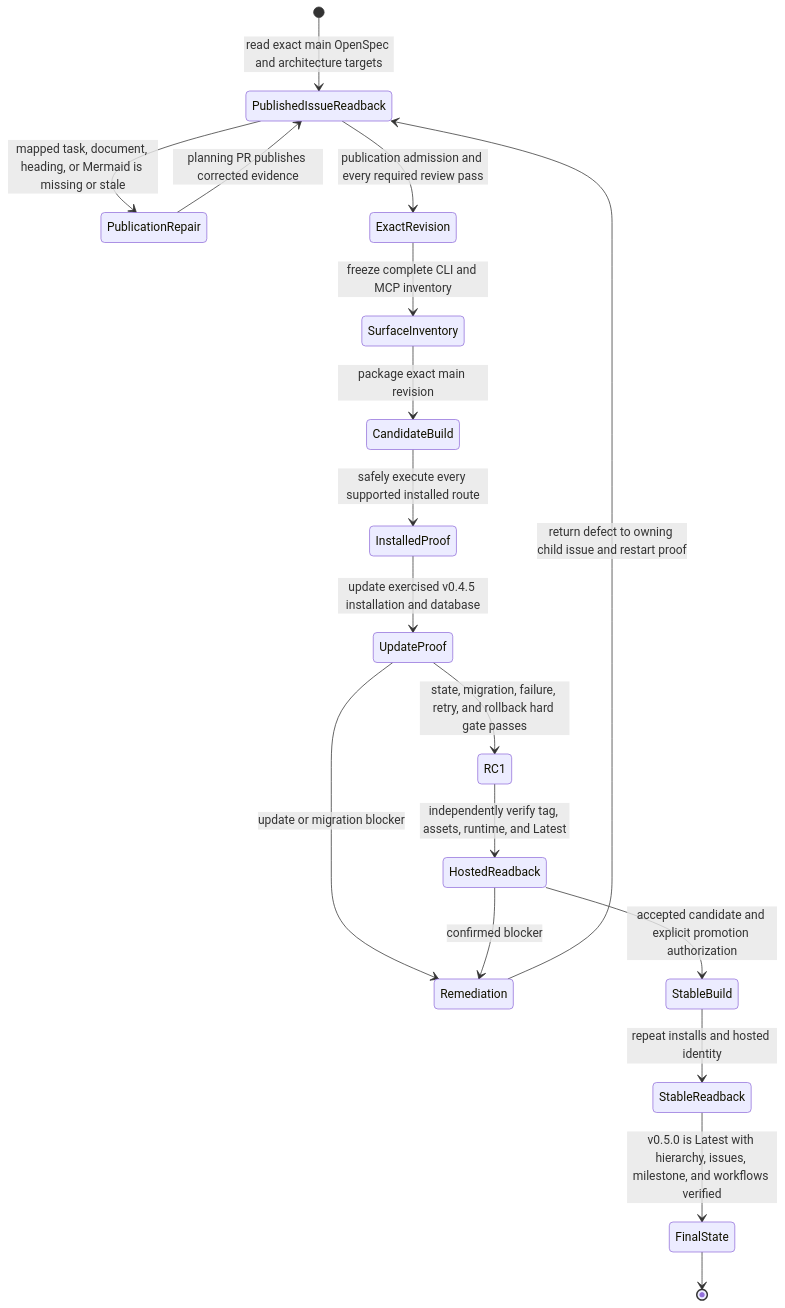
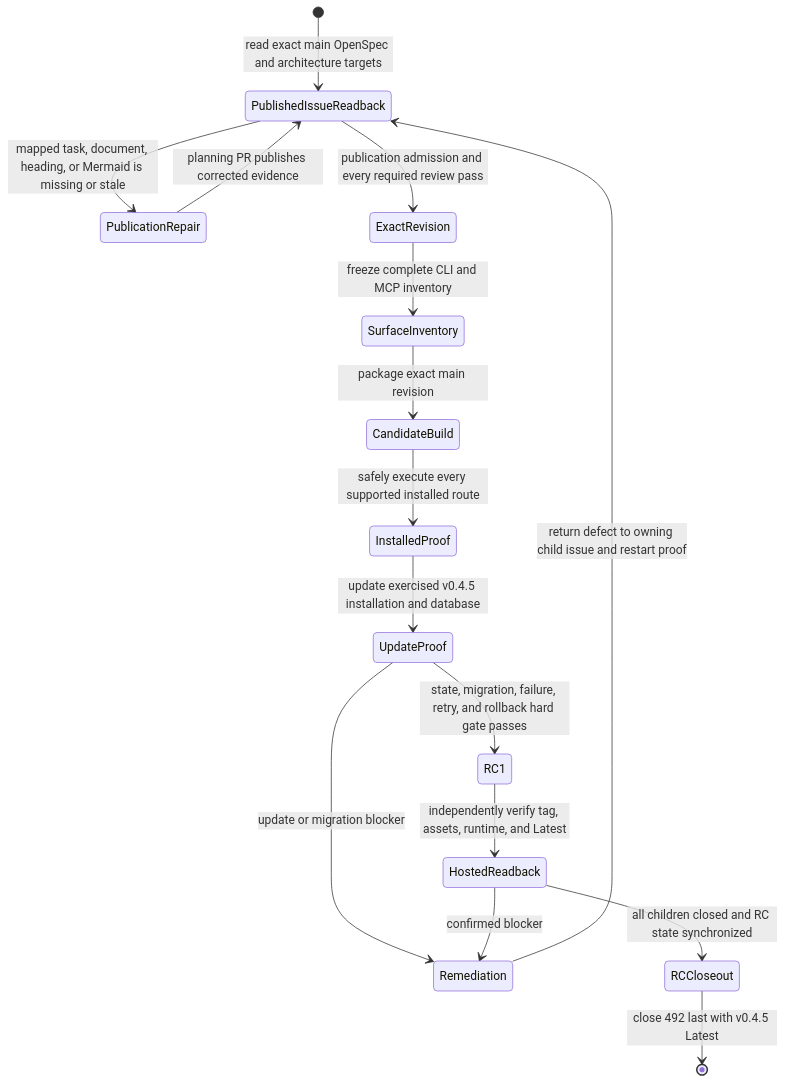
Diagram 28 of 29 in docs/v050-release-architecture.md (styler-ai/ProjectAtlas), drawn with Mermaid before and after one commit. The commit also changed other lines of this file and 4 other files, not shown here.

First line of the commit message:
docs(release): close verified v0.5.0-rc1 acceptance (#603)

````diff
--- a/docs/v050-release-architecture.md
+++ b/docs/v050-release-architecture.md
@@ -620,20 +620,18 @@
 ```mermaid
 stateDiagram-v2
   [*] --> PublishedIssueReadback: read exact main OpenSpec and architecture targets
   PublishedIssueReadback --> PublicationRepair: mapped task, document, heading, or Mermaid is missing or stale
   PublicationRepair --> PublishedIssueReadback: planning PR publishes corrected evidence
   PublishedIssueReadback --> ExactRevision: publication admission and every required review pass
   ExactRevision --> SurfaceInventory: freeze complete CLI and MCP inventory
   SurfaceInventory --> CandidateBuild: package exact main revision
   CandidateBuild --> InstalledProof: safely execute every supported installed route
   InstalledProof --> UpdateProof: update exercised v0.4.5 installation and database
   UpdateProof --> RC1: state, migration, failure, retry, and rollback hard gate passes
   UpdateProof --> Remediation: update or migration blocker
   RC1 --> HostedReadback: independently verify tag, assets, runtime, and Latest
   HostedReadback --> Remediation: confirmed blocker
   Remediation --> PublishedIssueReadback: return defect to owning child issue and restart proof
-  HostedReadback --> StableBuild: accepted candidate and explicit promotion authorization
-  StableBuild --> StableReadback: repeat installs and hosted identity
-  StableReadback --> FinalState: v0.5.0 is Latest with hierarchy, issues, milestone, and workflows verified
-  FinalState --> [*]
+  HostedReadback --> RCCloseout: all children closed and RC state synchronized
+  RCCloseout --> [*]: close 492 last with v0.4.5 Latest
 ```
````
